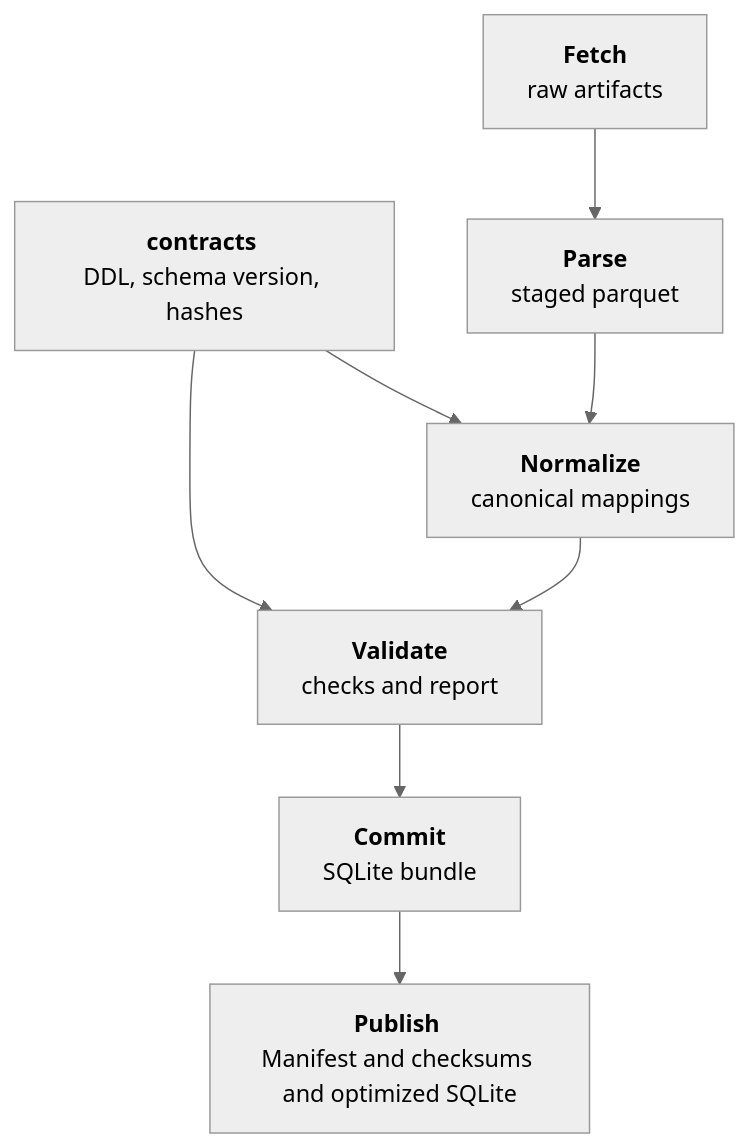
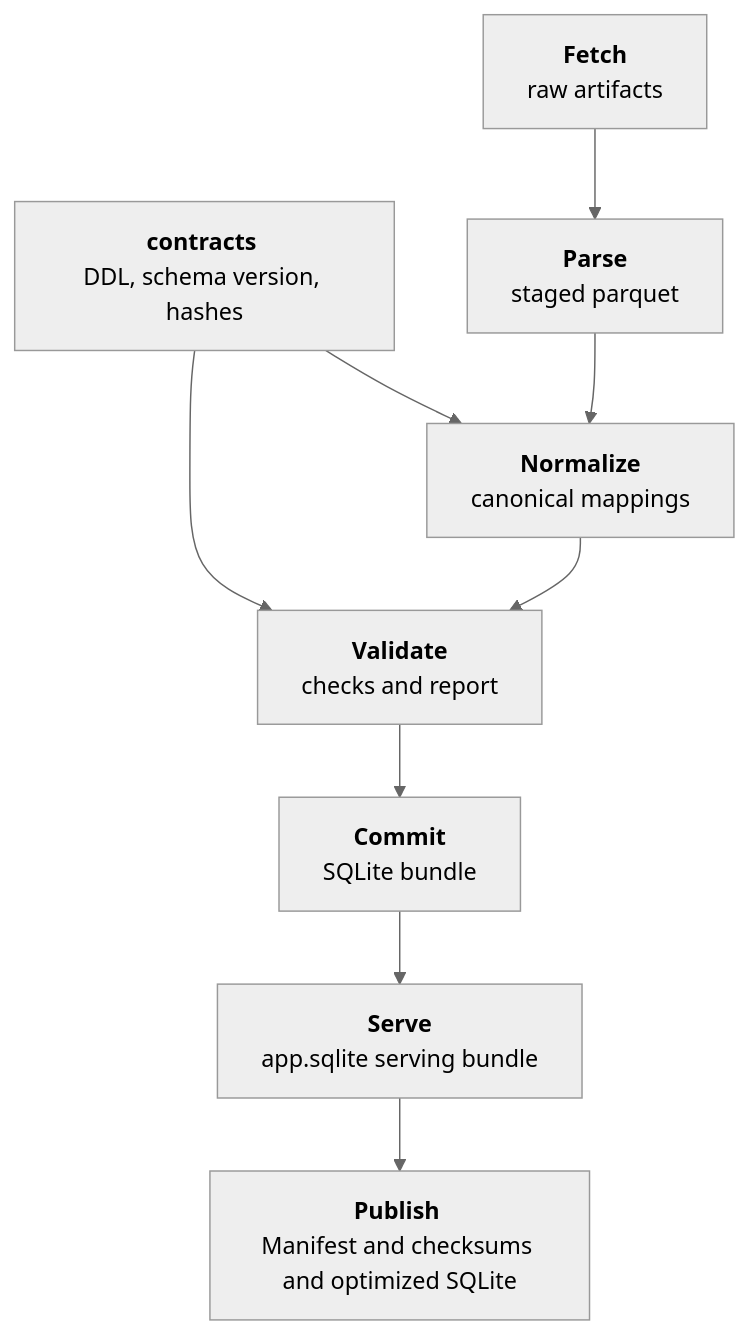
One commit to ajw998/hk-public-transport changed the diagram in README.md. Above: the diagram before and after it, drawn with Mermaid (neutral theme). The commit also changed other lines of this file and 15 other files, not shown here.

````diff
--- a/README.md
+++ b/README.md
@@ -34,21 +38,24 @@
 ```mermaid
 flowchart TD
   Contracts["`**contracts** 
   DDL, schema version, hashes`"]
   Fetch["`**Fetch**
    raw artifacts`"]
   Parse["`**Parse**
   staged parquet`"]
   Normalize["`**Normalize**
   canonical mappings`"]
   Validate["`**Validate**
   checks and report`"]
   Commit["`**Commit**
   SQLite bundle`"]
   Publish["`**Publish** 
   Manifest and checksums and optimized SQLite`"]
+  Serve["`**Serve**
+  app.sqlite serving bundle`"]
 
   Contracts --> Normalize
   Contracts --> Validate
-  Fetch --> Parse --> Normalize --> Validate --> Commit --> Publish
+
+  Fetch --> Parse --> Normalize --> Validate --> Commit --> Serve --> Publish
 ```
````
